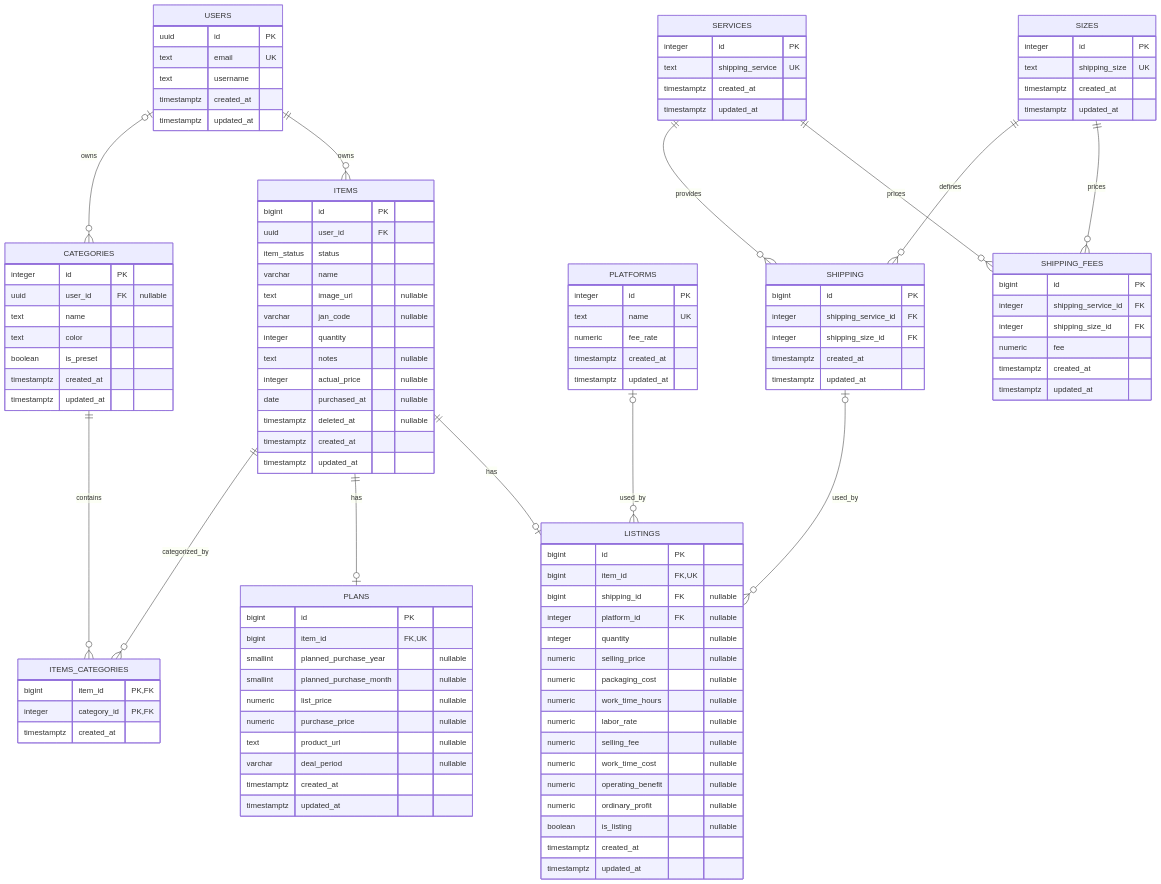
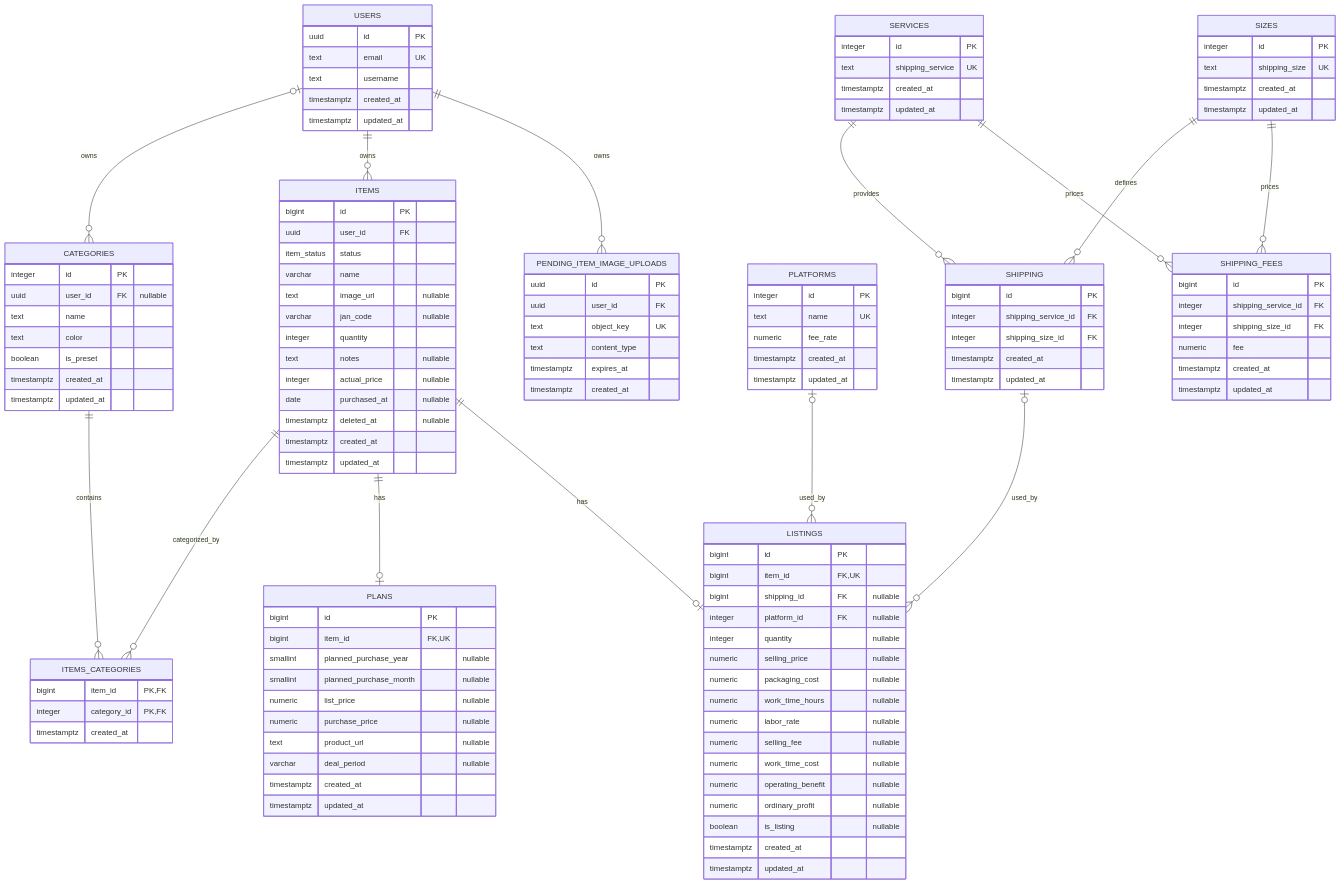
The third of 3 diagrams in README.md (nanashi7c/mono-log_v0), drawn with Mermaid before and after one commit. The commit also changed other lines of this file, not shown here.

```diff
--- a/README.md
+++ b/README.md
@@ -101,6 +117,15 @@
         text username
         timestamptz created_at
         timestamptz updated_at
+    }
+
+    PENDING_ITEM_IMAGE_UPLOADS {
+        uuid id PK
+        uuid user_id FK
+        text object_key UK
+        text content_type
+        timestamptz expires_at
+        timestamptz created_at
     }
 
     CATEGORIES {
@@ -208,6 +233,7 @@
 
     USERS o|--o{ CATEGORIES : owns
     USERS ||--o{ ITEMS : owns
+    USERS ||--o{ PENDING_ITEM_IMAGE_UPLOADS : owns
     ITEMS ||--o{ ITEMS_CATEGORIES : categorized_by
     CATEGORIES ||--o{ ITEMS_CATEGORIES : contains
     ITEMS ||--o| PLANS : has
```
